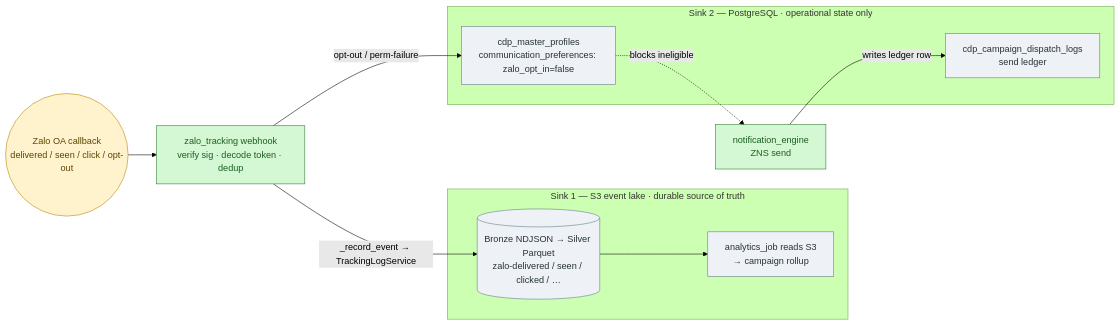
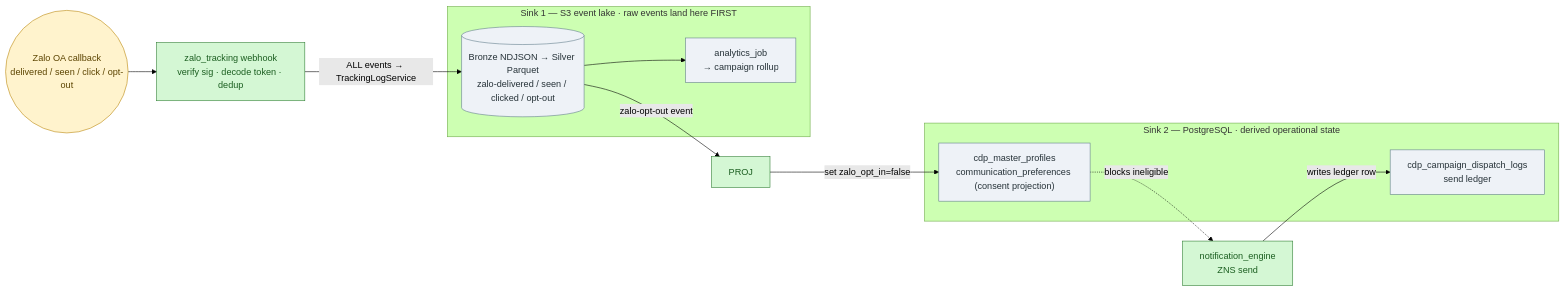
One commit to LEO-CDP/leo-customer360 changed the third of 3 diagrams in docs/action-plans/PLAN-ZALO-ZNS-OPTIMIZED.md. Above: the diagram before and after it, drawn with Mermaid (forest theme). The commit also changed other lines of this file, not shown here.

First line of the commit message:
docs(zalo): enforce S3-first for opt-out (webhook -> S3 -> projection)

````diff
--- a/docs/action-plans/PLAN-ZALO-ZNS-OPTIMIZED.md
+++ b/docs/action-plans/PLAN-ZALO-ZNS-OPTIMIZED.md
@@ -156,31 +158,33 @@
 ```mermaid
 flowchart LR
     OA(("Zalo OA callback<br/>delivered / seen / click / opt-out"))
     ENG["notification_engine<br/>ZNS send"]
     WH["zalo_tracking webhook<br/>verify sig · decode token · dedup"]
 
     OA --> WH
+    WH -->|"ALL events → TrackingLogService"| S3
     ENG -->|writes ledger row| LOG
-    WH -->|"_record_event → TrackingLogService"| S3
-    WH -->|opt-out / perm-failure| SUP
 
-    subgraph SINK1["Sink 1 — S3 event lake · durable source of truth"]
-        S3[("Bronze NDJSON → Silver Parquet<br/>zalo-delivered / seen / clicked / …")]
-        AN["analytics_job reads S3<br/>→ campaign rollup"]
+    subgraph SINK1["Sink 1 — S3 event lake · raw events land here FIRST"]
+        S3[("Bronze NDJSON → Silver Parquet<br/>zalo-delivered / seen / clicked / opt-out")]
+        AN["analytics_job<br/>→ campaign rollup"]
         S3 --> AN
     end
 
-    subgraph SINK2["Sink 2 — PostgreSQL · operational state only"]
+    S3 -->|"zalo-opt-out event"| PROJ
+    PROJ -->|"set zalo_opt_in=false"| SUP
+
+    subgraph SINK2["Sink 2 — PostgreSQL · derived operational state"]
         LOG["cdp_campaign_dispatch_logs<br/>send ledger"]
-        SUP["cdp_master_profiles<br/>communication_preferences: zalo_opt_in=false"]
+        SUP["cdp_master_profiles<br/>communication_preferences (consent projection)"]
     end
 
     SUP -.->|blocks ineligible| ENG
 
     classDef new fill:#d4f7d4,stroke:#2e7d32,color:#1b5e20;
     classDef reuse fill:#eef2f7,stroke:#607d8b,color:#263238;
     classDef ext fill:#fff3cd,stroke:#b8860b,color:#5c4400;
-    class WH,ENG new;
+    class WH,ENG,PROJ new;
     class S3,AN,LOG,SUP reuse;
     class OA ext;
 ```
````
